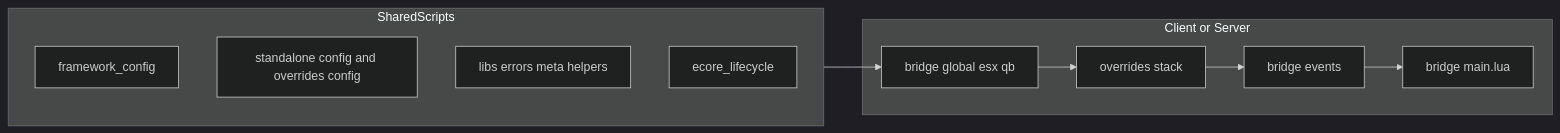
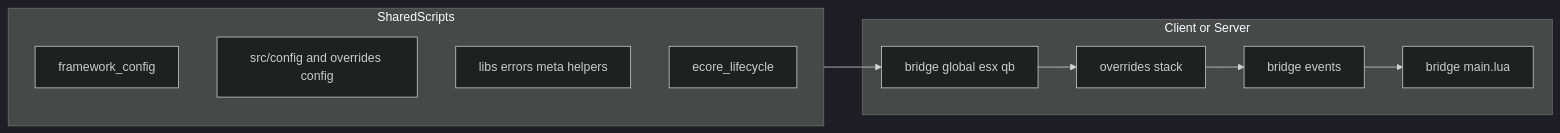
One commit to Ekhion76/e_core changed the diagram in README.md. Above: the diagram before and after it, drawn with Mermaid (dark theme). The commit also changed other lines of this file and 53 other files, not shown here.

````diff
--- a/README.md
+++ b/README.md
@@ -55,16 +55,16 @@
 ```mermaid
 flowchart LR
   subgraph shared [SharedScripts]
     FW[framework_config]
-    CFG[standalone config and overrides config]
+    CFG[src/config and overrides config]
     LIBS[libs errors meta helpers]
     LIFE[ecore_lifecycle]
   end
   subgraph side [Client or Server]
     BG[bridge global esx qb]
     OV[overrides stack]
     EV[bridge events]
     MAIN[bridge main.lua]
   end
   shared --> BG --> OV --> EV --> MAIN
 ```
````
